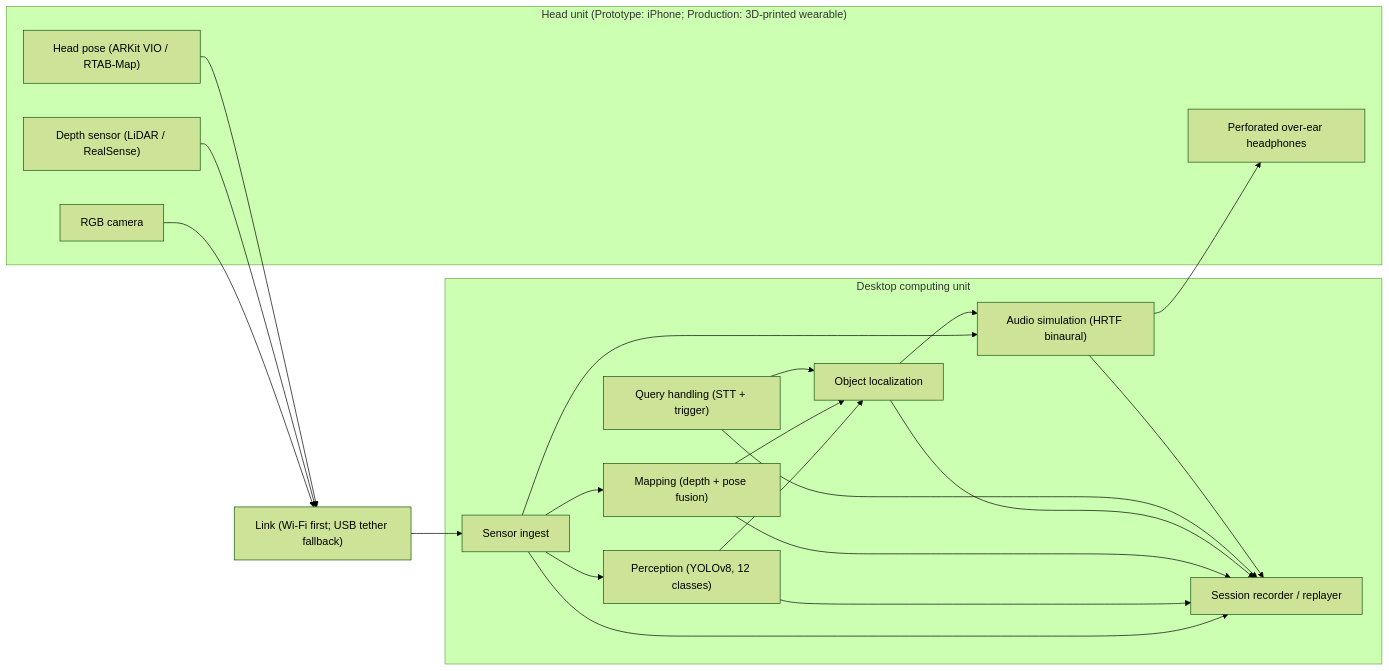
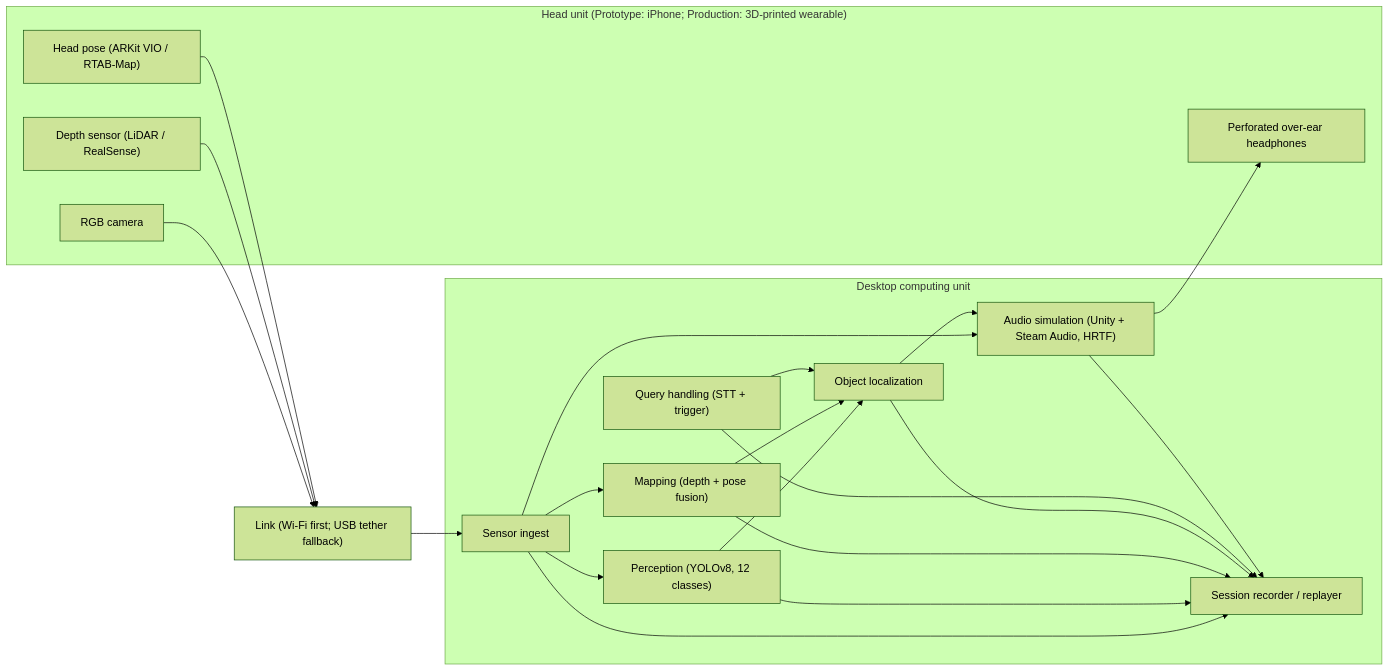
One commit to pewpil/auris changed the diagram in README.md. Above: the diagram before and after it, drawn with Mermaid (forest theme). The commit also changed other lines of this file and 2 other files, not shown here.

Commit message:
plan edit: unity as renderer

````diff
--- a/README.md
+++ b/README.md
@@ -83,37 +83,37 @@
 ```mermaid
 flowchart LR
   subgraph HEAD["Head unit (Prototype: iPhone; Production: 3D-printed wearable)"]
     CAM["RGB camera"]
     DEP["Depth sensor (LiDAR / RealSense)"]
     POSE["Head pose (ARKit VIO / RTAB-Map)"]
     HP["Perforated over-ear headphones"]
   end
   LINK["Link (Wi-Fi first; USB tether fallback)"]
   subgraph DESK["Desktop computing unit"]
     ING["Sensor ingest"]
     DET["Perception (YOLOv8, 12 classes)"]
     MAP["Mapping (depth + pose fusion)"]
     LOC["Object localization"]
     QRY["Query handling (STT + trigger)"]
-    AUD["Audio simulation (HRTF binaural)"]
+    AUD["Audio simulation (Unity + Steam Audio, HRTF)"]
     REC["Session recorder / replayer"]
   end
   CAM --> LINK
   DEP --> LINK
   POSE --> LINK
   LINK --> ING
   ING --> DET
   ING --> MAP
   ING --> AUD
   DET --> LOC
   MAP --> LOC
   QRY --> LOC
   LOC --> AUD
   AUD --> HP
   ING --> REC
   DET --> REC
   MAP --> REC
   LOC --> REC
   QRY --> REC
   AUD --> REC
 ```
````
